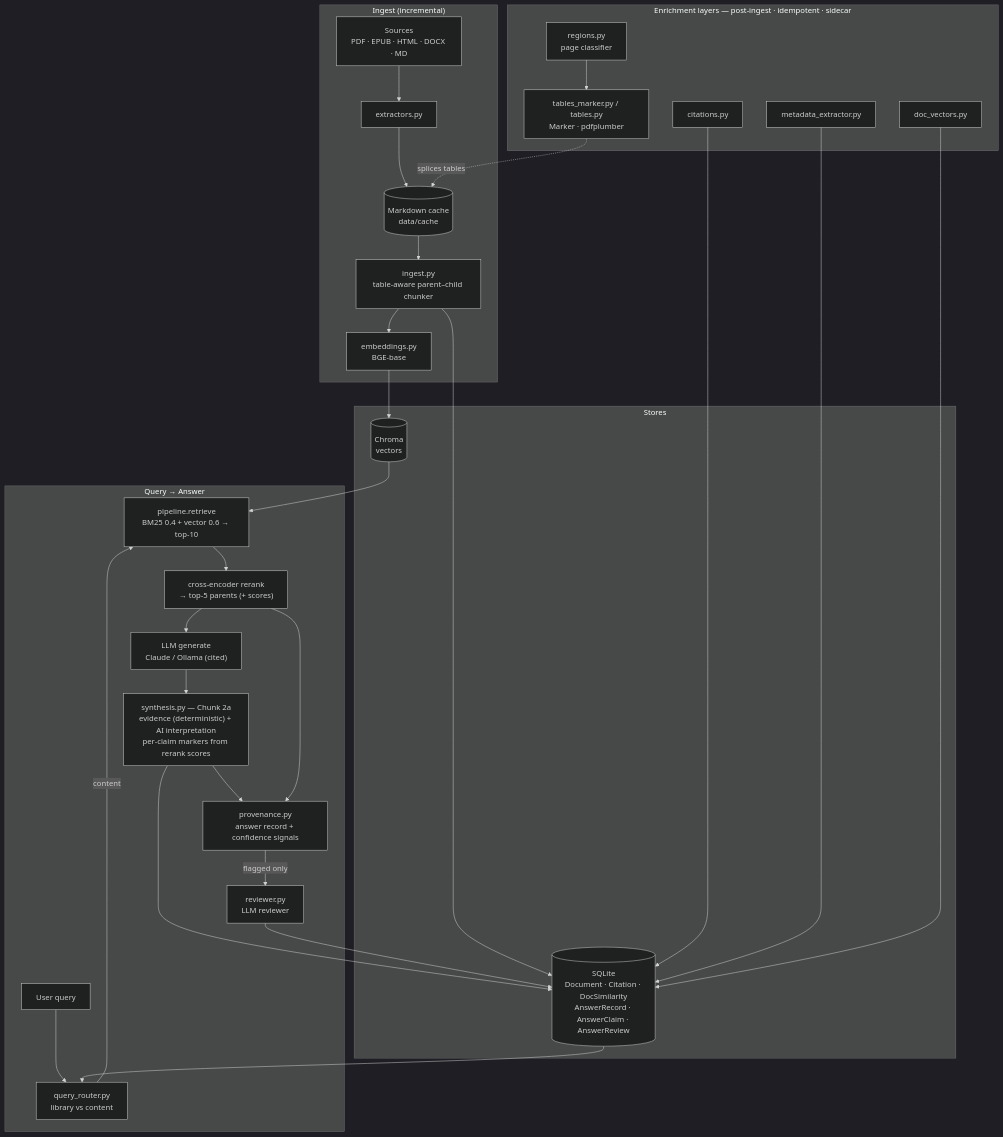
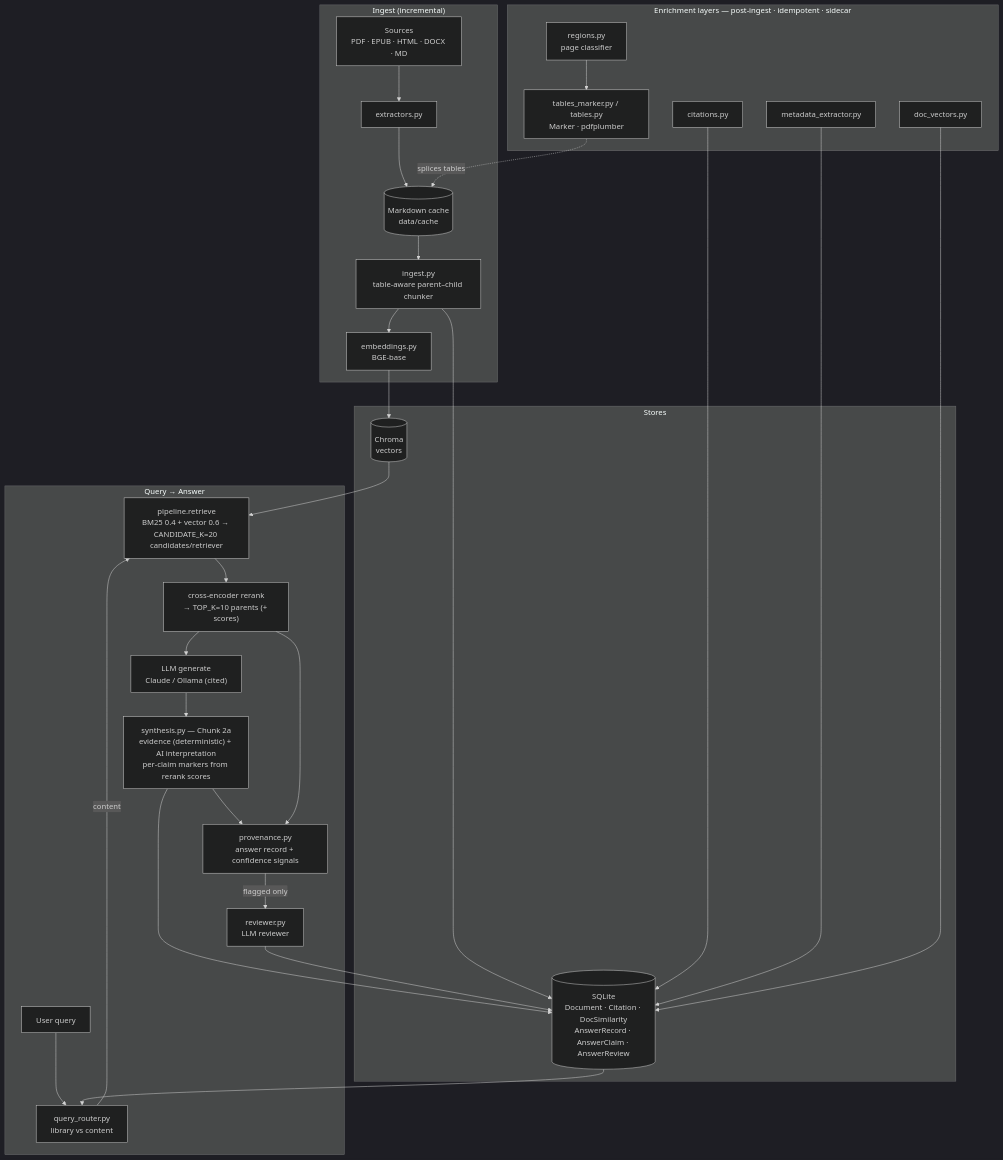
One commit to ldele/doc_assistant changed the diagram in docs/architecture.md. Above: the diagram before and after it, drawn with Mermaid (dark theme). The commit also changed other lines of this file and 14 other files, not shown here.

````diff
--- a/docs/architecture.md
+++ b/docs/architecture.md
@@ -28,43 +28,43 @@
 ```mermaid
 flowchart TD
     subgraph ING["Ingest (incremental)"]
         SRC["Sources<br/>PDF · EPUB · HTML · DOCX · MD"] --> EXT["extractors.py"]
         EXT --> CACHE[("Markdown cache<br/>data/cache")]
         CACHE --> CHUNK["ingest.py<br/>table-aware parent–child chunker"]
         CHUNK --> EMB["embeddings.py<br/>BGE-base"]
     end
 
     subgraph ENR["Enrichment layers — post-ingest · idempotent · sidecar"]
         REG["regions.py<br/>page classifier"] --> TBL["tables_marker.py / tables.py<br/>Marker · pdfplumber"]
         CIT["citations.py"]
         MD["metadata_extractor.py"]
         DV["doc_vectors.py"]
     end
 
     subgraph ST["Stores"]
         CHROMA[("Chroma<br/>vectors")]
         SQL[("SQLite<br/>Document · Citation · DocSimilarity<br/>AnswerRecord · AnswerClaim · AnswerReview")]
     end
 
     subgraph QRY["Query → Answer"]
         Q["User query"] --> ROUTE["query_router.py<br/>library vs content"]
-        ROUTE -->|content| RET["pipeline.retrieve<br/>BM25 0.4 + vector 0.6 → top-10"]
-        RET --> RR["cross-encoder rerank<br/>→ top-5 parents (+ scores)"]
+        ROUTE -->|content| RET["pipeline.retrieve<br/>BM25 0.4 + vector 0.6 → CANDIDATE_K=20 candidates/retriever"]
+        RET --> RR["cross-encoder rerank<br/>→ TOP_K=10 parents (+ scores)"]
         RR --> GEN["LLM generate<br/>Claude / Ollama (cited)"]
         GEN --> SYN["synthesis.py — Chunk 2a<br/>evidence (deterministic) + AI interpretation<br/>per-claim markers from rerank scores"]
         SYN --> PROV["provenance.py<br/>answer record + confidence signals"]
         PROV -->|flagged only| REV["reviewer.py<br/>LLM reviewer"]
     end
 
     EMB --> CHROMA
     CHUNK --> SQL
     CIT --> SQL
     MD --> SQL
     DV --> SQL
     TBL -. splices tables .-> CACHE
     CHROMA --> RET
     SQL --> ROUTE
     RR --> PROV
     SYN --> SQL
     REV --> SQL
 ```
````
